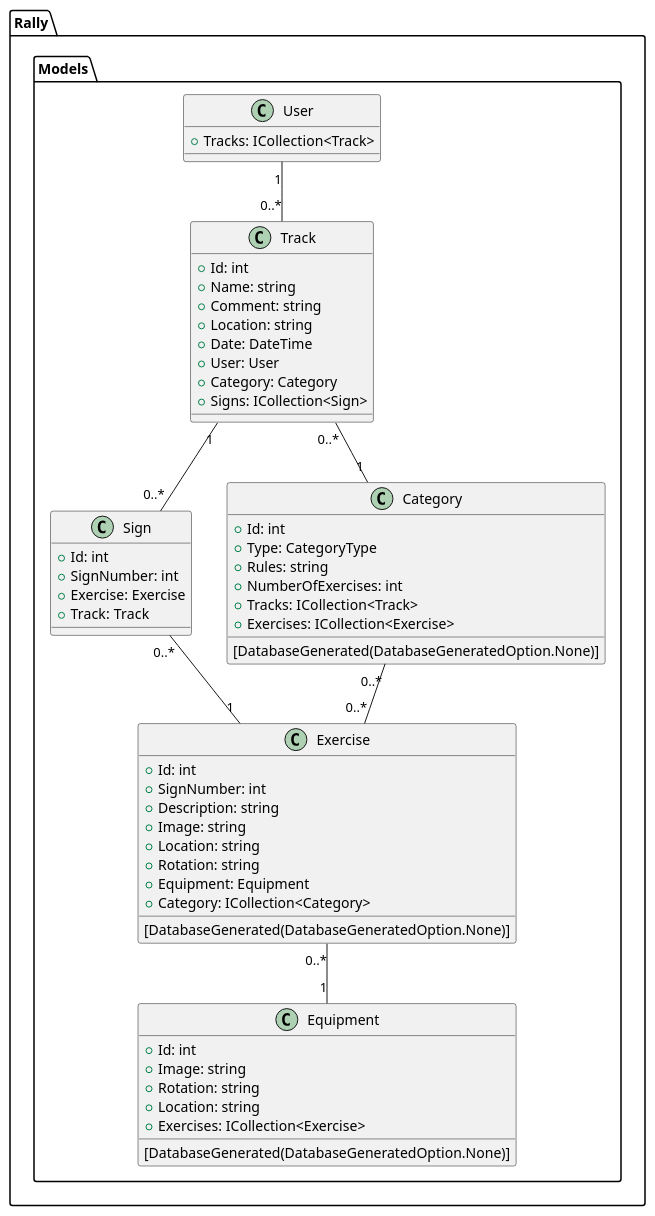
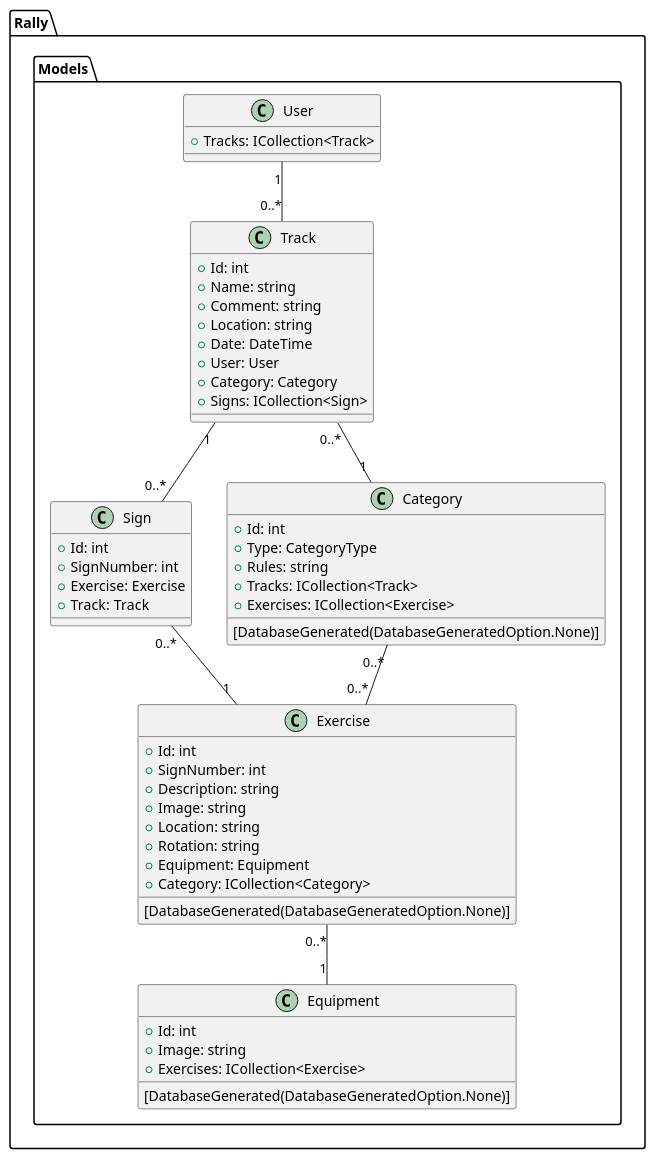
One commit to DMOoF23-Team7-CAT/Project-Team7-Semester3 changed the diagram in Dodumentation/DSD_Models.wsd. Above: the diagram before and after it, drawn with PlantUML. The commit also changed 10 other files, not shown here.

Commit message:
Removed NumberOfExercises and mad new Dto for category

```diff
--- a/Dodumentation/DSD_Models.wsd
+++ b/Dodumentation/DSD_Models.wsd
@@ -1,68 +1,65 @@
 @startuml Design Class Diagram for models
 
 namespace Rally.Models {
     class User {
         + Tracks: ICollection<Track>
     }
 
     class Track {
         + Id: int
         + Name: string
         + Comment: string
         + Location: string
         + Date: DateTime
         + User: User
         + Category: Category
         + Signs: ICollection<Sign>
     }
 
     class Sign {
         + Id: int
         + SignNumber: int
         + Exercise: Exercise
         + Track: Track
     }
 
     class Exercise {
         [DatabaseGenerated(DatabaseGeneratedOption.None)]
         + Id: int
         + SignNumber: int
         + Description: string
         + Image: string
         + Location: string
         + Rotation: string
         + Equipment: Equipment
         + Category: ICollection<Category>
     }
 
     class Equipment {
         [DatabaseGenerated(DatabaseGeneratedOption.None)]
         + Id: int
         + Image: string
-        + Rotation: string
-        + Location: string
         + Exercises: ICollection<Exercise>
     }
 
     class Category {
         [DatabaseGenerated(DatabaseGeneratedOption.None)]
         + Id: int
         + Type: CategoryType
         + Rules: string
-        + NumberOfExercises: int
         + Tracks: ICollection<Track>
         + Exercises: ICollection<Exercise>
     }
 
     User "1" -- "0..*" Track
     Track "0..*" -- "1" Category
     Track "1" -- "0..*" Sign
     Sign "0..*" -- "1" Exercise
     Exercise "0..*" -- "1" Equipment
     Category "0..*" -- "0..*" Exercise
 
 }
 
 
 
 @enduml
```
